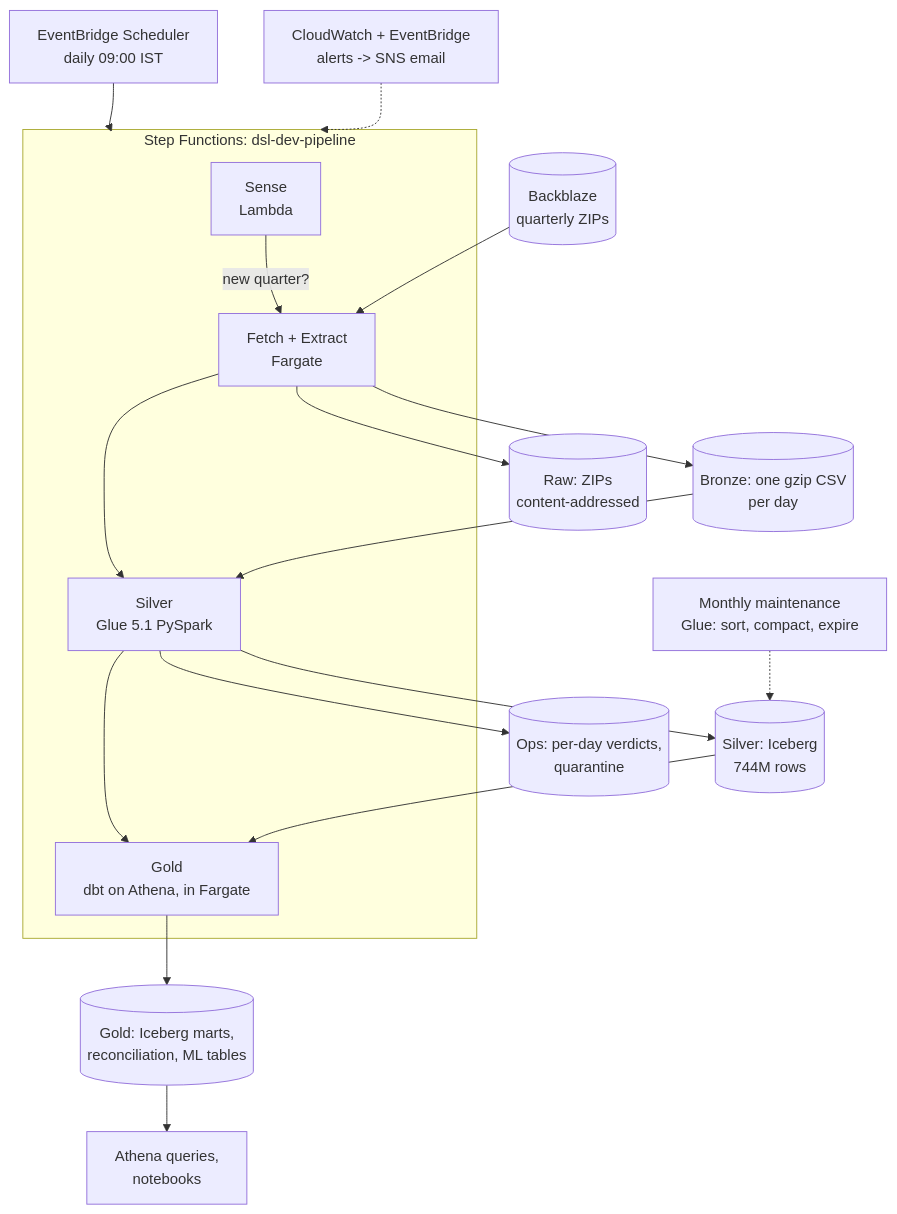
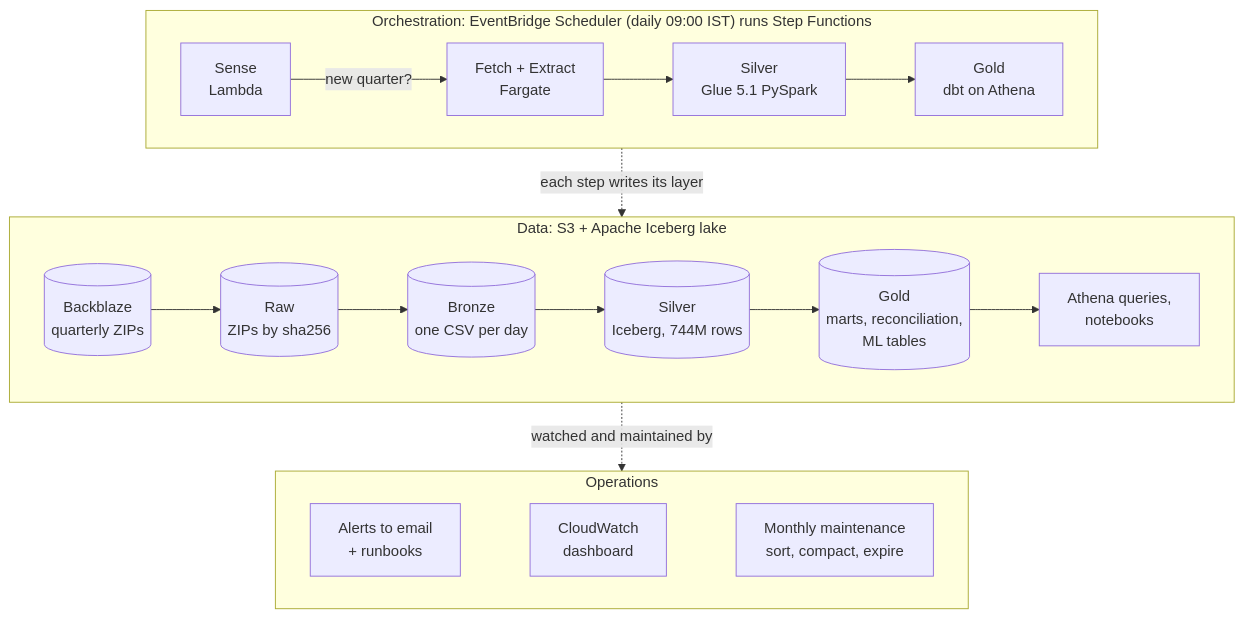
One commit to PRANAV-ADITYA/backblaze-drive-stats-platform changed the diagram in README.md. Above: the diagram before and after it, drawn with Mermaid.

Commit message:
docs: cleaner three-lane architecture diagram (#87)
* docs: cleaner three-lane architecture diagram

* docs: keep diagram lanes left to right

````diff
--- a/README.md
+++ b/README.md
@@ -28,20 +28,17 @@
 ```mermaid
-flowchart TD
-    S[EventBridge Scheduler<br/>daily 09:00 IST] --> SF
-    subgraph SF[Step Functions: dsl-dev-pipeline]
-        A[Sense<br/>Lambda] -->|new quarter?| B[Fetch + Extract<br/>Fargate]
-        B --> C[Silver<br/>Glue 5.1 PySpark]
-        C --> D[Gold<br/>dbt on Athena, in Fargate]
+flowchart TB
+    subgraph ORCH["Orchestration: EventBridge Scheduler (daily 09:00 IST) runs Step Functions"]
+        direction LR
+        O1[Sense<br/>Lambda] -->|new quarter?| O2[Fetch + Extract<br/>Fargate] --> O3[Silver<br/>Glue 5.1 PySpark] --> O4[Gold<br/>dbt on Athena]
     end
-    BB[(Backblaze<br/>quarterly ZIPs)] --> B
-    B --> RAW[(Raw: ZIPs<br/>content-addressed)]
-    B --> BRZ[(Bronze: one gzip CSV<br/>per day)]
-    BRZ --> C
-    C --> SIL[(Silver: Iceberg<br/>744M rows)]
-    C --> OPS[(Ops: per-day verdicts,<br/>quarantine)]
-    SIL --> D
-    D --> GOLD[(Gold: Iceberg marts,<br/>reconciliation, ML tables)]
-    GOLD --> Q[Athena queries,<br/>notebooks]
-    M[Monthly maintenance<br/>Glue: sort, compact, expire] -.-> SIL
-    AL[CloudWatch + EventBridge<br/>alerts -> SNS email] -.-> SF
+    subgraph DATA["Data: S3 + Apache Iceberg lake"]
+        direction LR
+        BB[(Backblaze<br/>quarterly ZIPs)] --> RAW[(Raw<br/>ZIPs by sha256)] --> BRZ[(Bronze<br/>one CSV per day)] --> SIL[(Silver<br/>Iceberg, 744M rows)] --> GOLD[(Gold<br/>marts, reconciliation,<br/>ML tables)] --> USE[Athena queries,<br/>notebooks]
+    end
+    subgraph OPS["Operations"]
+        direction LR
+        AL[Alerts to email<br/>+ runbooks] ~~~ DB[CloudWatch<br/>dashboard] ~~~ MT[Monthly maintenance<br/>sort, compact, expire]
+    end
+    ORCH -.->|each step writes its layer| DATA
+    DATA -.->|watched and maintained by| OPS
 ```
````
